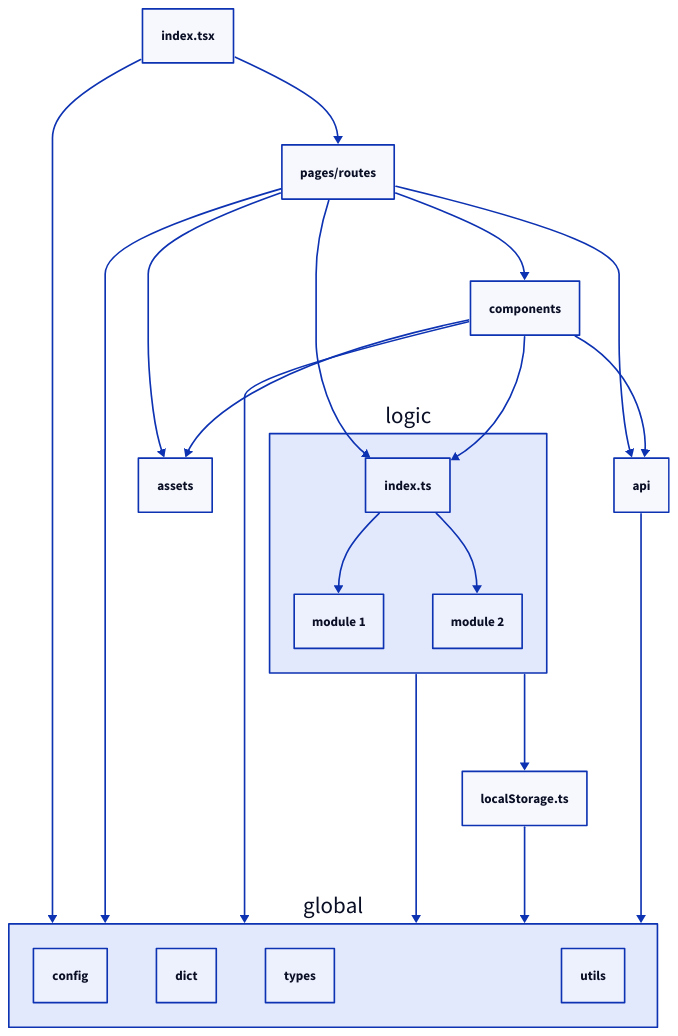
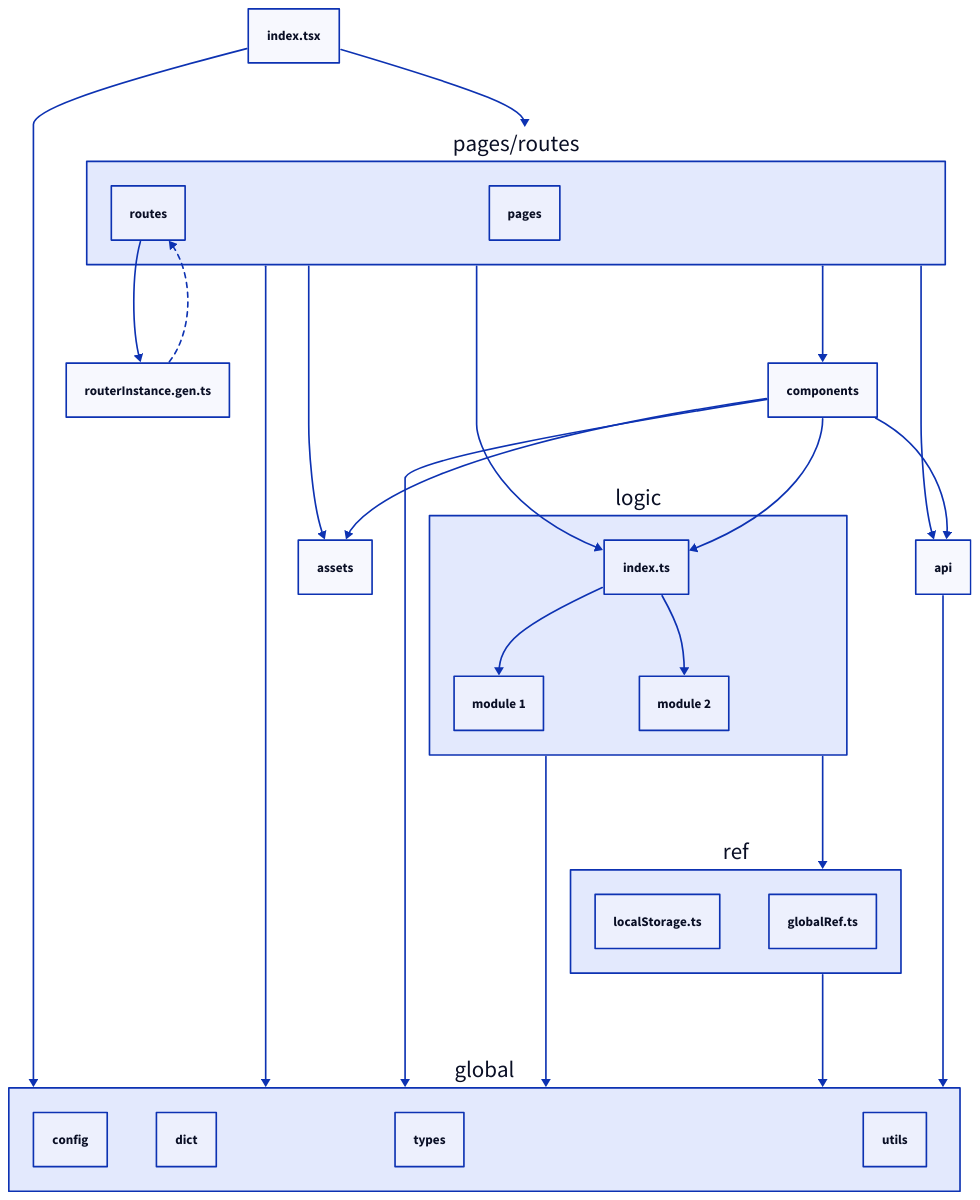
The diagram in Client/misc/architecture.d2 (nicolasventer/React-Project-Template), drawn with D2 before and after one commit. The commit also changed 26 other files, not shown here.

Commit message:
prepare of easy-react-router + globalRef

```diff
--- a/Client/misc/architecture.d2
+++ b/Client/misc/architecture.d2
@@ -1,34 +1,46 @@
 "index.tsx" -> "pages/routes"
 "index.tsx" -> "global"
+
+"pages/routes": {
+  "routes"
+  "pages"
+}
 
 "global": {
   "config"
   "dict"
   "types"
   "utils"
 }
 
 "pages/routes" -> "global"
 "pages/routes" -> "api"
 "pages/routes" -> "components"
 "pages/routes" -> "logic"."index.ts"
 "pages/routes" -> "assets"
+"pages/routes"."routes" -> "routerInstance.gen.ts"
+"routerInstance.gen.ts" -> "pages/routes"."routes": {style: {stroke-dash: 3}}
 
 "components" -> "api"
 "components" -> "logic"."index.ts"
 "components" -> "assets"
 "components" -> "global"
 
 "logic"."index.ts" -> "logic"."module 1"
 "logic"."index.ts" -> "logic"."module 2"
 
 "logic" -> "global"
-"logic" -> "localStorage.ts"
+"logic" -> "ref"
 
-"localStorage.ts" -> "global"
+"ref": {
+  "localStorage.ts"
+  "globalRef.ts"
+}
+
+ref -> "global"
 
 "api" -> "global"
 
 # "global"."dict" {
 #   "dict.ts" -> "lang"
 # }
```
